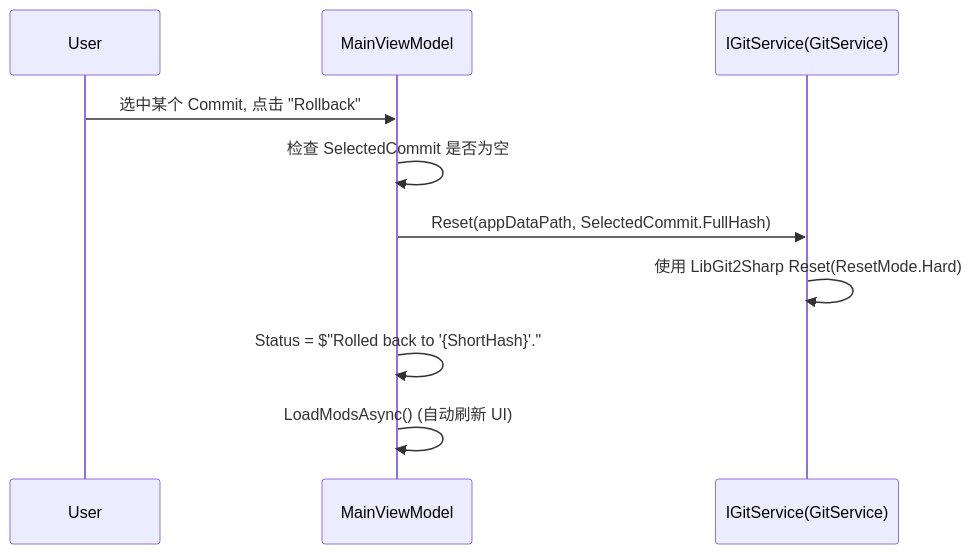
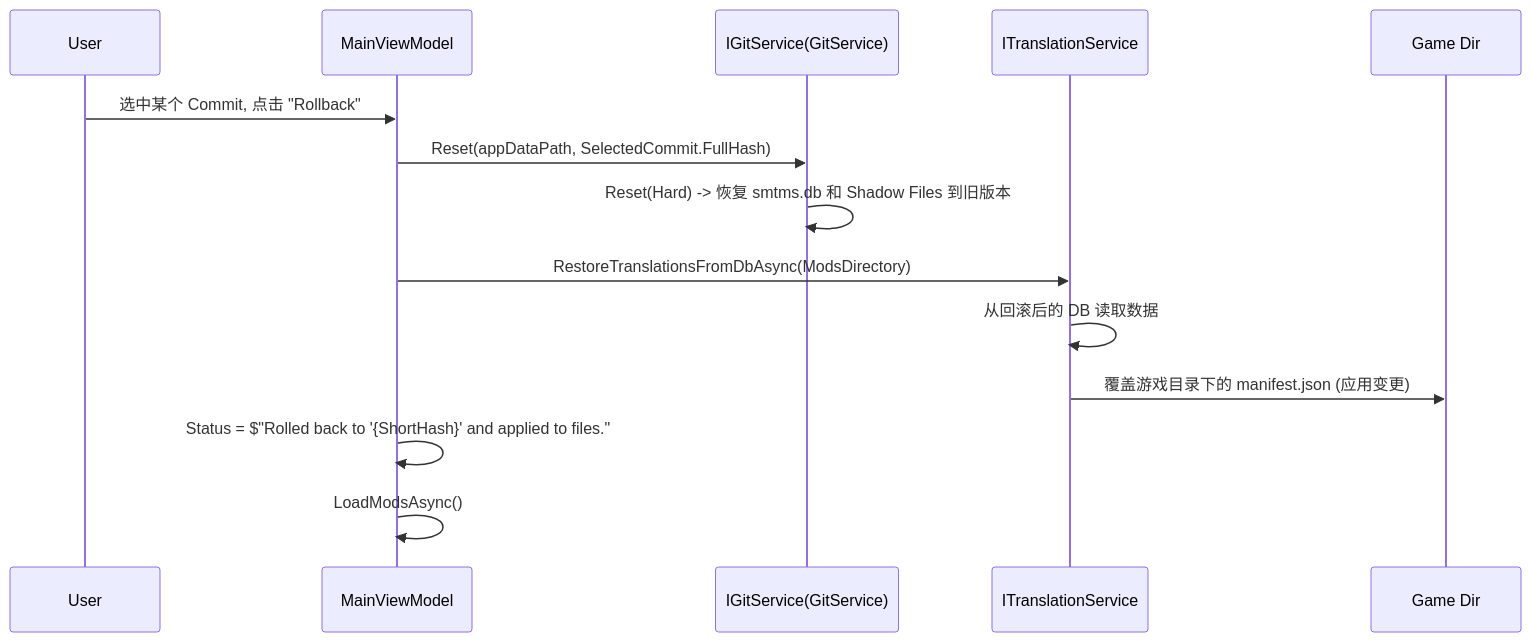
One commit to Sisyphean-a/SMTMS changed the tenth of 10 diagrams in docs/ARCHITECTURE.md. Above: the diagram before and after it, drawn with Mermaid. The commit also changed other lines of this file and 6 other files, not shown here.

````diff
--- a/docs/ARCHITECTURE.md
+++ b/docs/ARCHITECTURE.md
@@ -287,14 +271,18 @@
 ```mermaid
 sequenceDiagram
     participant U as User
     participant VM as MainViewModel
     participant Git as IGitService(GitService)
+    participant TS as ITranslationService
 
     U->>VM: 选中某个 Commit, 点击 "Rollback"
-    VM->>VM: 检查 SelectedCommit 是否为空
     VM->>Git: Reset(appDataPath, SelectedCommit.FullHash)
-    Git->>Git: 使用 LibGit2Sharp Reset(ResetMode.Hard)
+    Git->>Git: Reset(Hard) -> 恢复 smtms.db 和 Shadow Files 到旧版本
 
-    VM->>VM: Status = $"Rolled back to '{ShortHash}'."
-    VM->>VM: LoadModsAsync() (自动刷新 UI)
+    VM->>TS: RestoreTranslationsFromDbAsync(ModsDirectory)
+    TS->>TS: 从回滚后的 DB 读取数据
+    TS->>Game Dir: 覆盖游戏目录下的 manifest.json (应用变更)
+
+    VM->>VM: Status = $"Rolled back to '{ShortHash}' and applied to files."
+    VM->>VM: LoadModsAsync()
 ```
````
